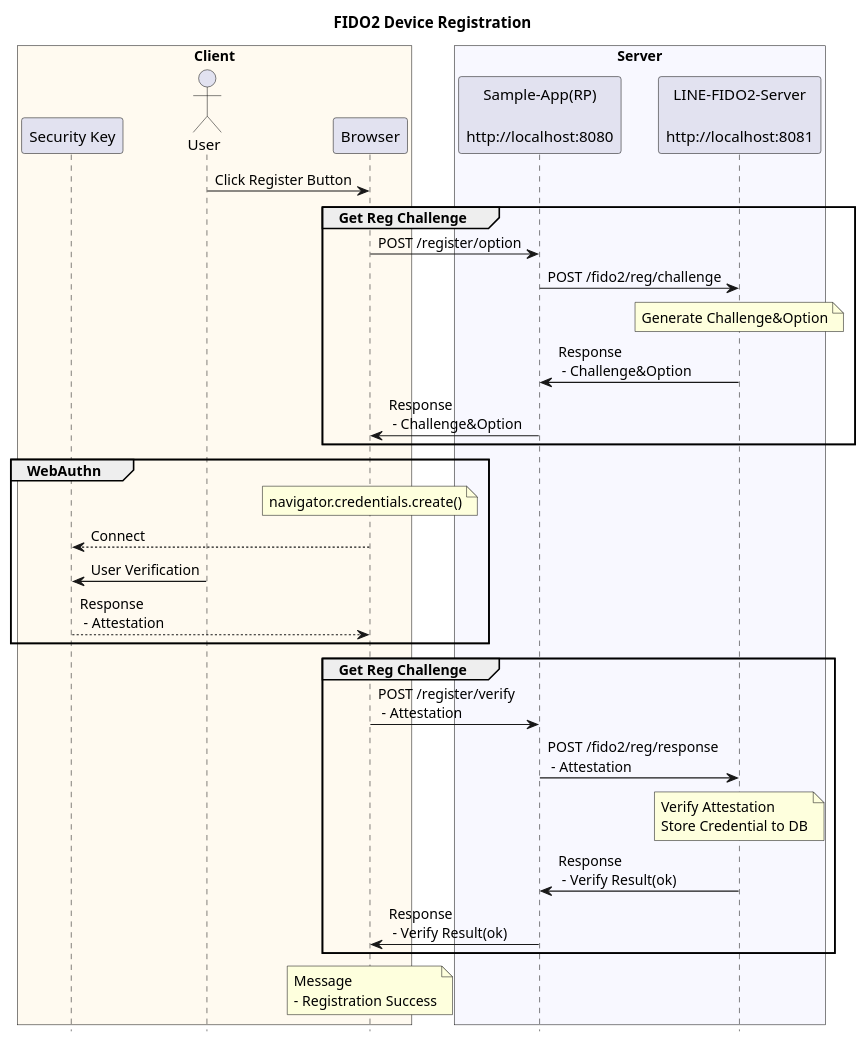
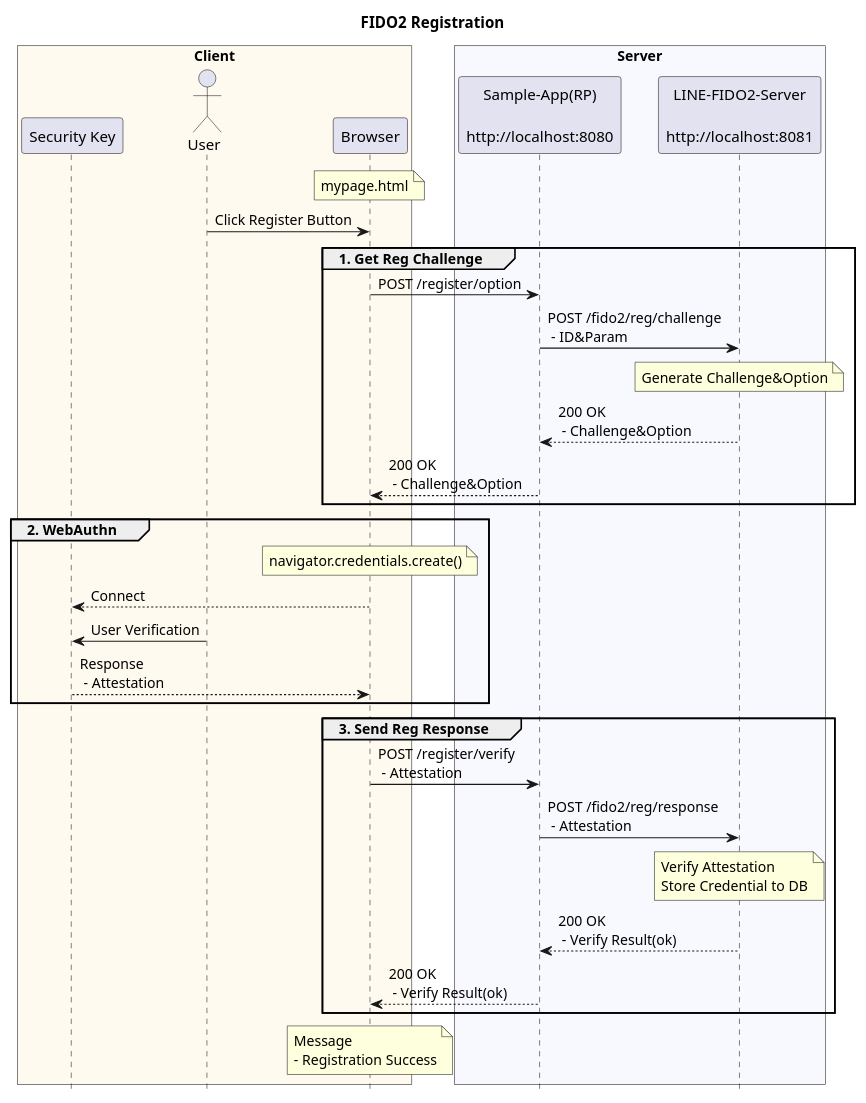
The diagram in pu/Register.pu (gebogebogebo/spring-security-fido2-login), drawn with PlantUML before and after one commit. The commit also changed 7 other files, not shown here.

```diff
--- a/pu/Register.pu
+++ b/pu/Register.pu
@@ -1,43 +1,44 @@
 @startuml
-title FIDO2 Device Registration
+title FIDO2 Registration
 hide footbox
 
 box "Client" #FloralWhite
     participant "Security Key" as Key
     actor  "User" as User
     participant "Browser" as Client
 end box
 
 box "Server" #GhostWhite
     participant "Sample-App(RP)\n\nhttp://localhost:8080" as RP
     participant "LINE-FIDO2-Server\n\nhttp://localhost:8081" as Server
 end box
 
+note over Client : mypage.html
 User -> Client : Click Register Button
 
-group Get Reg Challenge
+group 1. Get Reg Challenge
     Client -> RP : POST /register/option
-    RP -> Server : POST /fido2/reg/challenge
+    RP -> Server : POST /fido2/reg/challenge\n - ID&Param
     note over Server : Generate Challenge&Option
-    RP <- Server : Response\n - Challenge&Option
-    Client <- RP : Response\n - Challenge&Option
+    RP <-- Server : 200 OK\n - Challenge&Option
+    Client <-- RP : 200 OK\n - Challenge&Option
 end group
 
-group WebAuthn
+group 2. WebAuthn
     note over Client : navigator.credentials.create()
     Key <-- Client : Connect
     Key <- User : User Verification
     Key --> Client : Response\n - Attestation
 end group
 
-group Get Reg Challenge
+group 3. Send Reg Response
     Client -> RP : POST /register/verify\n - Attestation
     RP -> Server : POST /fido2/reg/response\n - Attestation
     note over Server : Verify Attestation\nStore Credential to DB
-    RP <- Server : Response\n - Verify Result(ok)
-    Client <- RP : Response\n - Verify Result(ok)
+    RP <-- Server : 200 OK\n - Verify Result(ok)
+    Client <-- RP : 200 OK\n - Verify Result(ok)
 end group
 
 note over Client : Message\n- Registration Success
 
 @enduml
```
